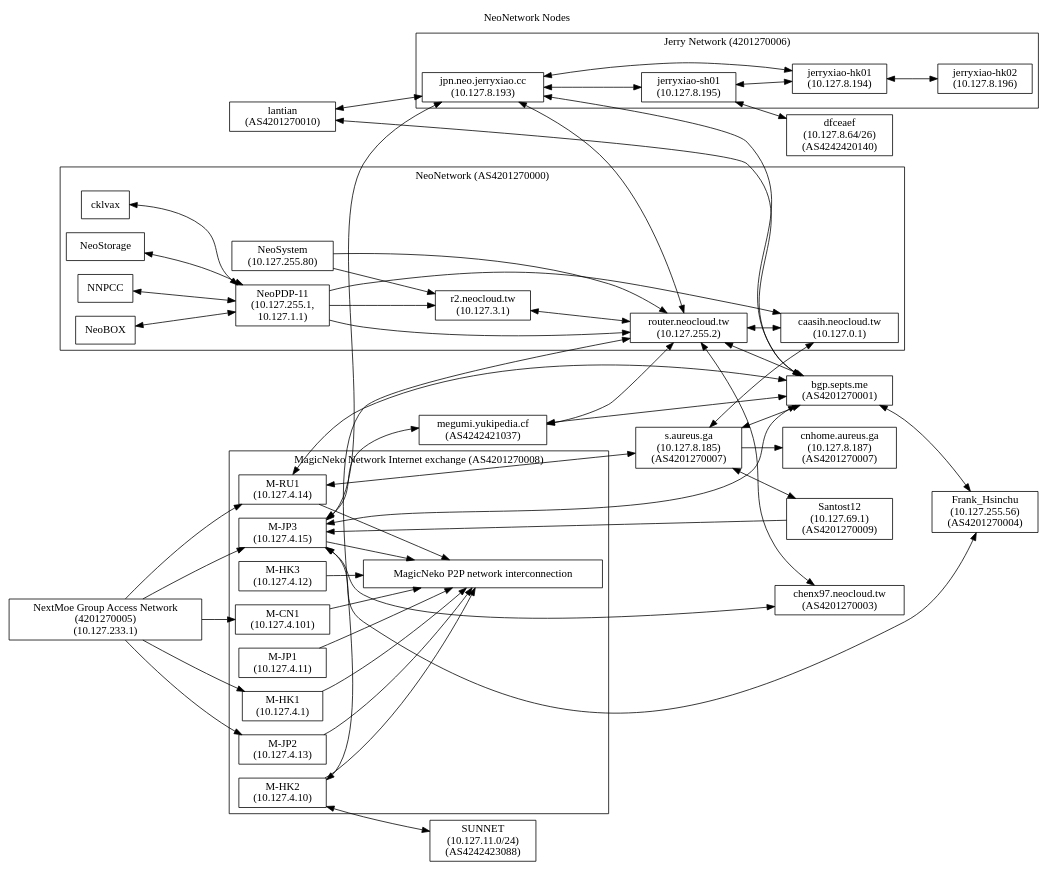
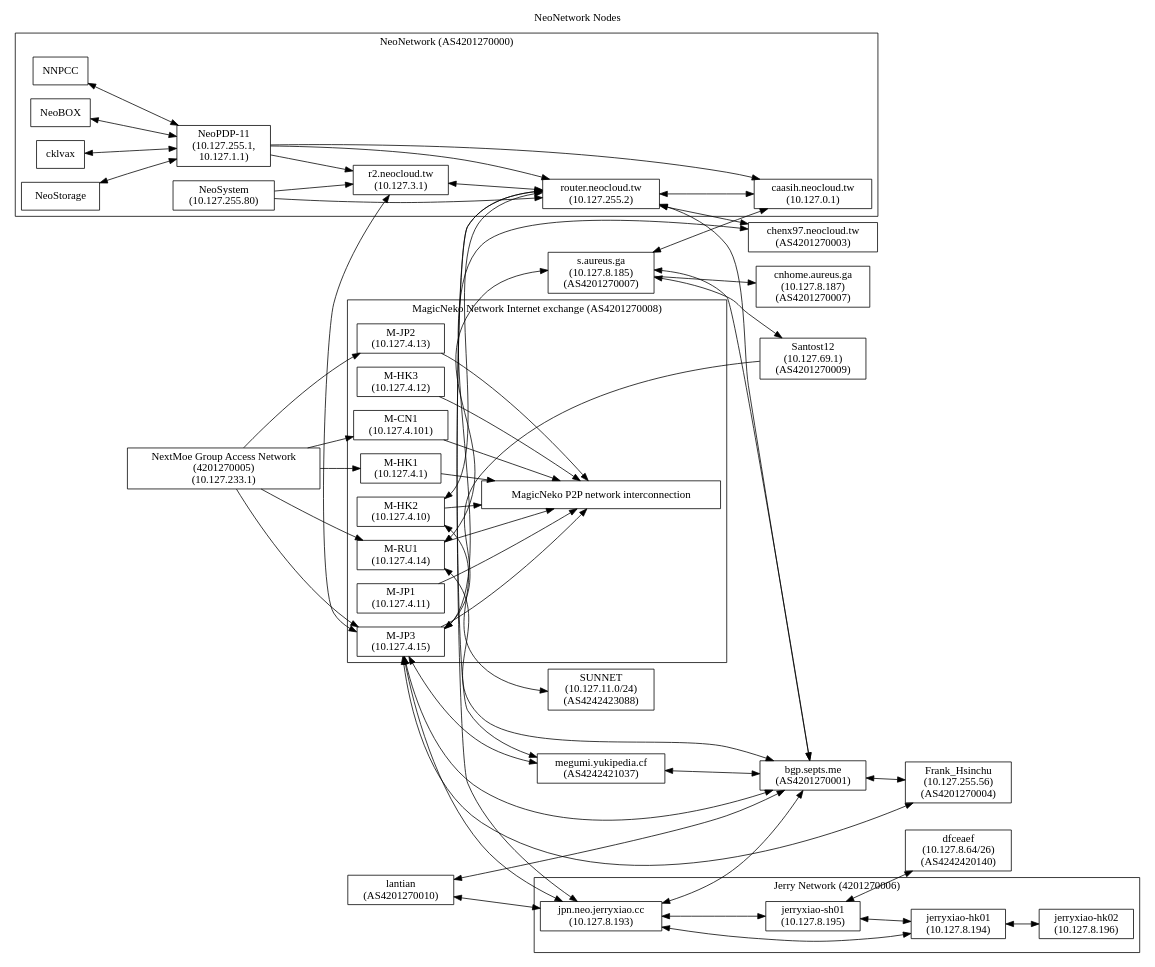
One commit to NeoCloud/NeoNetwork changed the diagram in nodes.dot. Above: the diagram before and after it, drawn with Graphviz. The commit also changed 1 other file, not shown here.

Commit message:
Graph: added pan -> icecat-jp3

```diff
--- a/nodes.dot
+++ b/nodes.dot
@@ -1,107 +1,109 @@
 digraph "NeoNetwork Nodes"
 {
 	label="NeoNetwork Nodes";
 	labelloc="t";
 	rankdir=LR;
 	node [shape=box]
 	c [label="caasih.neocloud.tw\n(10.127.0.1)"]
 	ucbvax [label="router.neocloud.tw\n(10.127.255.2)"]
 	np11 [label="NeoPDP-11\n(10.127.255.1,\n10.127.1.1)"]
 	ns [label="NeoSystem\n(10.127.255.80)"]
 	megumiLHS [label="megumi.yukipedia.cf\n(AS4242421037)"]
 	pan [label="r2.neocloud.tw\n(10.127.3.1)"]
 	icecat_Explosion [label="MagicNeko P2P network interconnection"]
 	icecat_Notebook [label="NextMoe Group Access Network\n(4201270005)\n(10.127.233.1)"]
 	magicneko_HK01 [label="M-HK1\n(10.127.4.1)"]
 	magicneko_HK02 [label="M-HK2\n(10.127.4.10)"]
 	magicneko_JP01 [label="M-JP1\n(10.127.4.11)"]
 	magicneko_HK03 [label="M-HK3\n(10.127.4.12)"]
 	magicneko_JP02 [label="M-JP2\n(10.127.4.13)"]
 	magicneko_RU01 [label="M-RU1\n(10.127.4.14)"]
 	magicneko_JP03 [label="M-JP3\n(10.127.4.15)"]
 	magicneko_CN01 [label="M-CN1\n(10.127.4.101)"]
 	staph [label="s.aureus.ga\n(10.127.8.185)\n(AS4201270007)"]
 	staph_CN [label="cnhome.aureus.ga\n(10.127.8.187)\n(AS4201270007)"]
 	chenx97 [label="chenx97.neocloud.tw\n(AS4201270003)"]
 	JerryXiao [label="jpn.neo.jerryxiao.cc\n(10.127.8.193)"]
 	JerryXiao_SH01 [label="jerryxiao-sh01\n(10.127.8.195)"]
 	JerryXiao_HK01 [label="jerryxiao-hk01\n(10.127.8.194)"]
 	JerryXiao_HK02 [label="jerryxiao-hk02\n(10.127.8.196)"]
 	septs [label="bgp.septs.me\n(AS4201270001)"]
 	lantian [label="lantian\n(AS4201270010)"]
 	dfceaef [label="dfceaef\n(10.127.8.64/26)\n(AS4242420140)"]
 	SUNNET [label="SUNNET\n(10.127.11.0/24)\n(AS4242423088)"]
 	santost12 [label="Santost12\n(10.127.69.1)\n(AS4201270009)"]
 	frank_hsinchu [label="Frank_Hsinchu\n(10.127.255.56)\n(AS4201270004)"]
+
 	subgraph cluster_AS4201270000
 	{
 		label = "NeoNetwork (AS4201270000)";
 
 		NNPCC -> np11 [dir=both]
 		NeoBOX -> np11 [dir=both]
 		cklvax -> np11 [dir=both]
 		NeoStorage -> np11 [dir=both]
 		np11 -> ucbvax
 		np11 -> pan
 		np11 -> c
 		ucbvax -> c [dir=both]
 		ns -> ucbvax
 		ns -> pan
 		pan -> ucbvax [dir=both]
 	}
 
 	megumiLHS -> ucbvax [dir=both]
 	magicneko_HK02 -> ucbvax [dir=both]
 	c -> staph [dir=both]
 	staph -> staph_CN
 	ucbvax -> chenx97 [dir=both]
 
 	subgraph cluster_4201270008
 	{
 		label="MagicNeko Network Internet exchange (AS4201270008)";
 
 		magicneko_HK01 -> icecat_Explosion
 		magicneko_HK02 -> icecat_Explosion
 		magicneko_JP01 -> icecat_Explosion
 		magicneko_HK03 -> icecat_Explosion
 		magicneko_JP02 -> icecat_Explosion
 		magicneko_RU01 -> icecat_Explosion
 		magicneko_JP03 -> icecat_Explosion
 		magicneko_CN01 -> icecat_Explosion
 	}
 
 	subgraph cluster_4201270006
 	{
 		label="Jerry Network (4201270006)";
 
 		JerryXiao -> JerryXiao_SH01 [dir=both]
 		JerryXiao -> JerryXiao_HK01 [dir=both]
 		JerryXiao_SH01 -> JerryXiao_HK01 [dir=both]
 		JerryXiao_HK01 -> JerryXiao_HK02 [dir=both]
 	}
 
 	JerryXiao -> ucbvax [dir=both]
 	JerryXiao -> septs [dir=both]
 	JerryXiao_SH01 -> dfceaef [dir=both]
 	magicneko_JP03 -> JerryXiao [dir=both]
 	lantian -> septs [dir=both]
 	lantian -> JerryXiao [dir=both]
 	magicneko_JP03 -> septs [dir=both]
 	staph -> septs [dir=both]
 	ucbvax -> septs [dir=both]
 	magicneko_JP03 -> chenx97 [dir=both]
 	magicneko_RU01 -> staph [dir=both]
 	megumiLHS -> septs [dir=both]
 	magicneko_HK02 -> SUNNET [dir=both]
 	staph -> santost12 [dir=both]
 	magicneko_RU01 -> septs [dir=both]
 	magicneko_JP03 -> megumiLHS [dir=both]
 	magicneko_JP03 -> frank_hsinchu [dir=both]
 	septs	->	frank_hsinchu	[dir=both]
 	icecat_Notebook -> magicneko_HK01
 	icecat_Notebook -> magicneko_JP03
 	icecat_Notebook -> magicneko_RU01
 	icecat_Notebook -> magicneko_CN01
 	icecat_Notebook -> magicneko_JP02
 	santost12	-> magicneko_JP03
+	pan -> magicneko_JP03 [dir=both]
 }
```
